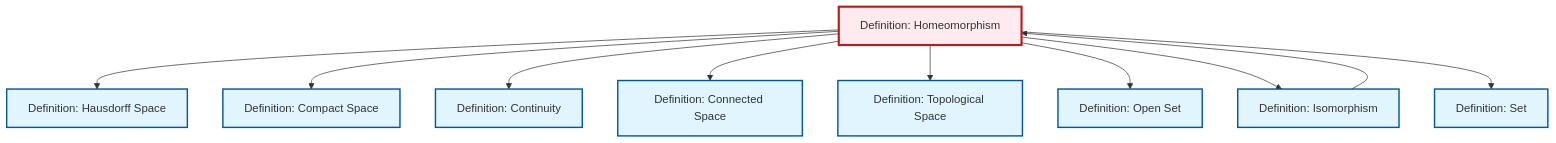
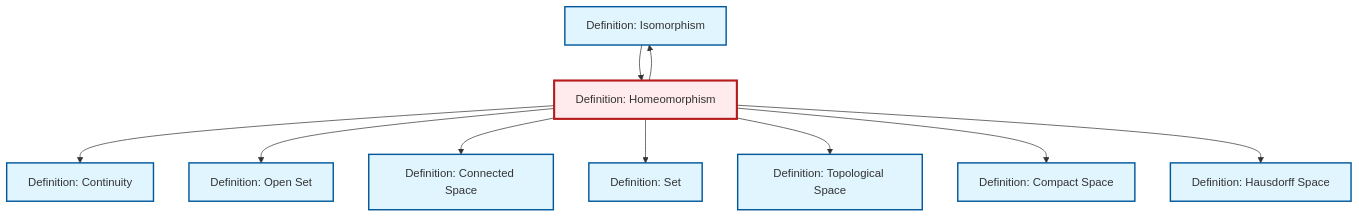
Before and after one commit to RK0429/ModernMath: the diagram in content/en/topology/def-homeomorphism.qmd, drawn with Mermaid. The commit also changed other lines of this file and 360 other files, not shown here.

````diff
--- a/content/en/topology/def-homeomorphism.qmd
+++ b/content/en/topology/def-homeomorphism.qmd
@@ -99,36 +99,36 @@
 ```{mermaid}
 %%| fig-cap: "Local dependency graph"
 graph TD
     classDef definition fill:#e1f5fe,stroke:#01579b,stroke-width:2px
     classDef theorem fill:#f3e5f5,stroke:#4a148c,stroke-width:2px
     classDef axiom fill:#fff3e0,stroke:#e65100,stroke-width:2px
     classDef example fill:#e8f5e9,stroke:#1b5e20,stroke-width:2px
     classDef current fill:#ffebee,stroke:#b71c1c,stroke-width:3px
-    def-hausdorff["Definition: Hausdorff Space"]:::definition
-    def-continuity["Definition: Continuity"]:::definition
-    def-connected["Definition: Connected Space"]:::definition
     def-open-set["Definition: Open Set"]:::definition
     def-topological-space["Definition: Topological Space"]:::definition
+    def-isomorphism["Definition: Isomorphism"]:::definition
     def-compact["Definition: Compact Space"]:::definition
+    def-hausdorff["Definition: Hausdorff Space"]:::definition
+    def-connected["Definition: Connected Space"]:::definition
     def-homeomorphism["Definition: Homeomorphism"]:::definition
     def-set["Definition: Set"]:::definition
-    def-isomorphism["Definition: Isomorphism"]:::definition
-    def-homeomorphism --> def-hausdorff
-    def-homeomorphism --> def-compact
+    def-continuity["Definition: Continuity"]:::definition
+    def-homeomorphism --> def-isomorphism
     def-homeomorphism --> def-continuity
+    def-homeomorphism --> def-open-set
     def-homeomorphism --> def-connected
+    def-homeomorphism --> def-set
     def-homeomorphism --> def-topological-space
     def-isomorphism --> def-homeomorphism
-    def-homeomorphism --> def-open-set
-    def-homeomorphism --> def-isomorphism
-    def-homeomorphism --> def-set
+    def-homeomorphism --> def-compact
+    def-homeomorphism --> def-hausdorff
     class def-homeomorphism current
-    click def-hausdorff "def-hausdorff.html" "Go to Hausdorff Space definition"
-    click def-continuity "def-continuity.html" "Go to Continuity definition"
-    click def-connected "def-connected.html" "Go to Connected Space definition"
     click def-open-set "def-open-set.html" "Go to Open Set definition"
     click def-topological-space "def-topological-space.html" "Go to Topological Space definition"
+    click def-isomorphism "def-isomorphism.html" "Go to Isomorphism definition"
     click def-compact "def-compact.html" "Go to Compact Space definition"
+    click def-hausdorff "def-hausdorff.html" "Go to Hausdorff Space definition"
+    click def-connected "def-connected.html" "Go to Connected Space definition"
     click def-set "def-set.html" "Go to Set definition"
-    click def-isomorphism "def-isomorphism.html" "Go to Isomorphism definition"
+    click def-continuity "def-continuity.html" "Go to Continuity definition"
 ```
````
